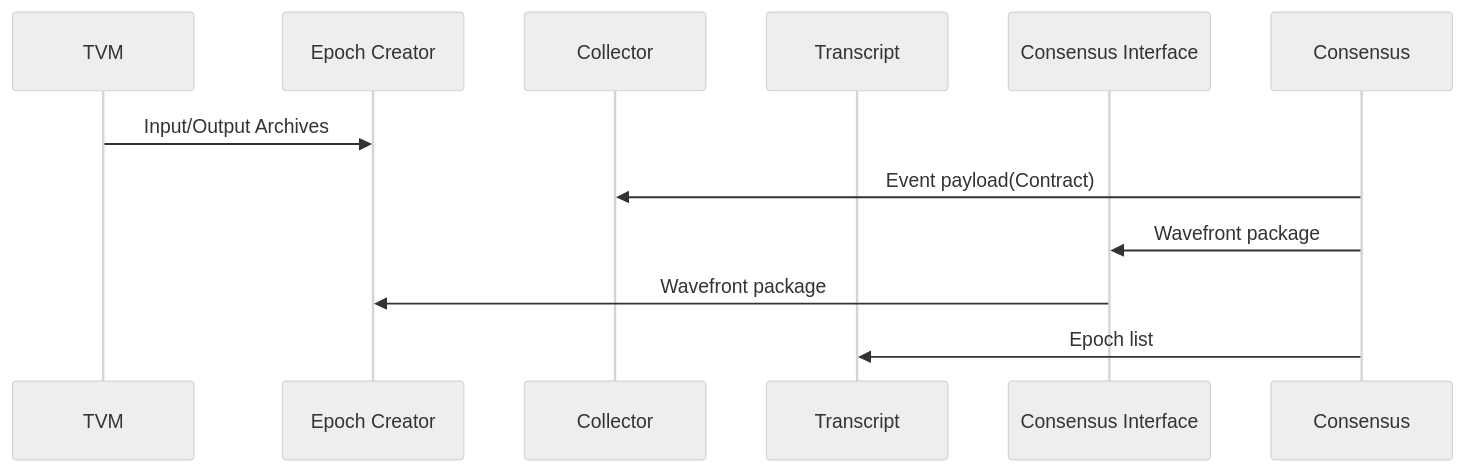
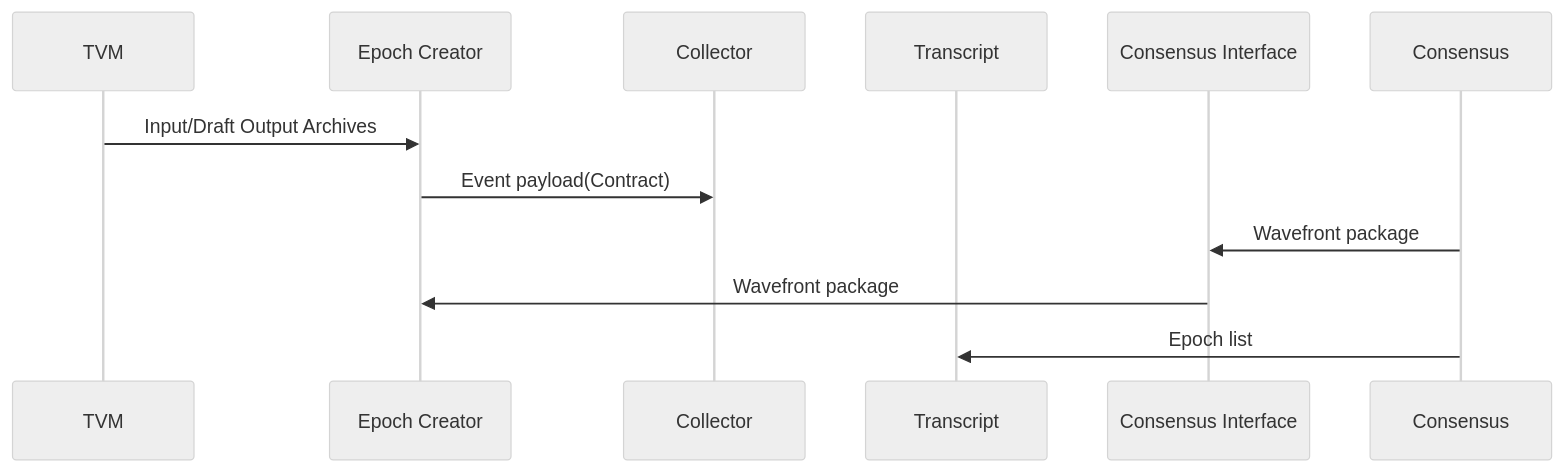
One commit to tagion/tagion changed the diagram in documents/architecture/EpochCreator.md. Above: the diagram before and after it, drawn with Mermaid (neutral theme).

Commit message:
corrections

````diff
--- a/documents/architecture/EpochCreator.md
+++ b/documents/architecture/EpochCreator.md
@@ -19,13 +19,13 @@
 ```mermaid
 sequenceDiagram
     participant TVM 
     participant Epoch Creator 
     participant Collector
     participant Transcript
     participant Consensus Interface
-    TVM ->> Epoch Creator: Input/Output Archives
-    Consensus ->> Collector: Event payload(Contract) 
+    TVM ->> Epoch Creator: Input/Draft Output Archives
+    Epoch Creator ->> Collector: Event payload(Contract) 
     Consensus ->> Consensus Interface: Wavefront package
     Consensus Interface ->> Epoch Creator: Wavefront package
     Consensus ->> Transcript: Epoch list
 ```
````
